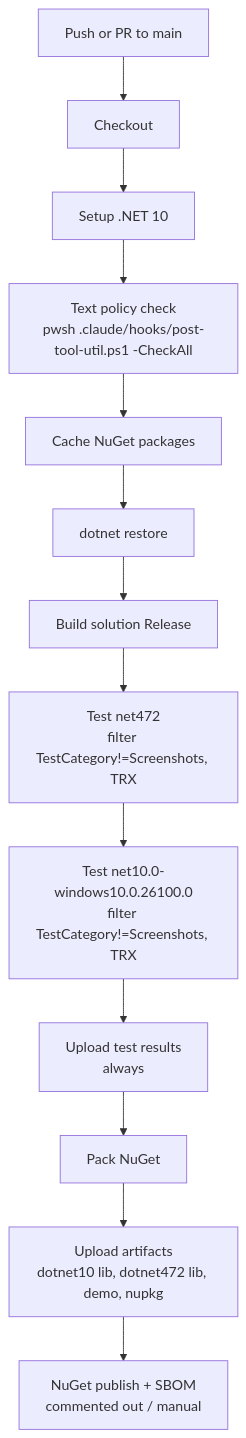
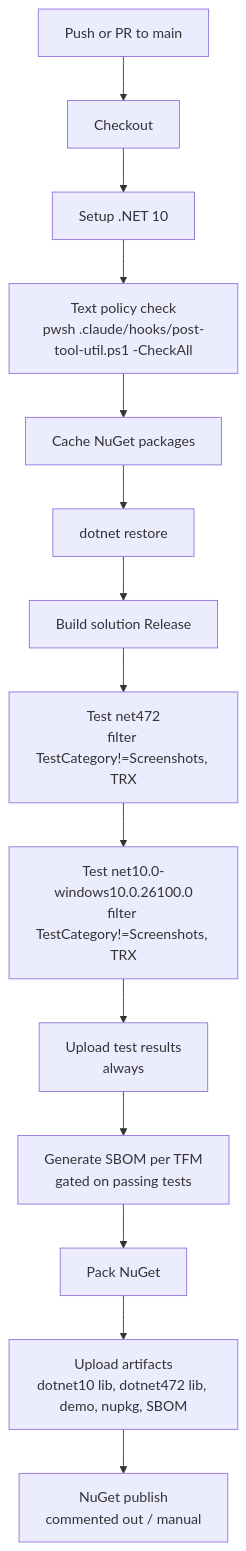
One commit to sintaxasn/Fluence.Wpf changed the diagram in AGENTS.md. Above: the diagram before and after it, drawn with Mermaid. The commit also changed other lines of this file and 1 other file, not shown here.

Commit message:
ci: add per-TFM SBOM generation gated behind the test lanes
The build already runs the net472 and net10 Fluence.Wpf.Tests lanes against the
library; add SBOM generation per TFM so it, the artifact uploads, and packing
run only after both lanes pass (a failed test fails the job, skipping these
success-gated steps). NuGet publish stays a manual, commented step.

````diff
--- a/AGENTS.md
+++ b/AGENTS.md
@@ -299,15 +299,16 @@
 ```mermaid
 flowchart TD
     A[Push or PR to main] --> B[Checkout]
     B --> C[Setup .NET 10]
     C --> G[Text policy check<br/>pwsh .claude/hooks/post-tool-util.ps1 -CheckAll]
     G --> D[Cache NuGet packages]
     D --> E[dotnet restore]
     E --> H[Build solution Release]
     H --> I[Test net472<br/>filter TestCategory!=Screenshots, TRX]
     I --> J[Test net10.0-windows10.0.26100.0<br/>filter TestCategory!=Screenshots, TRX]
     J --> K[Upload test results<br/>always]
-    K --> L[Pack NuGet]
-    L --> M[Upload artifacts<br/>dotnet10 lib, dotnet472 lib, demo, nupkg]
-    M --> N[NuGet publish + SBOM<br/>commented out / manual]
+    K --> S[Generate SBOM per TFM<br/>gated on passing tests]
+    S --> L[Pack NuGet]
+    L --> M[Upload artifacts<br/>dotnet10 lib, dotnet472 lib, demo, nupkg, SBOM]
+    M --> N[NuGet publish<br/>commented out / manual]
 ```
````
